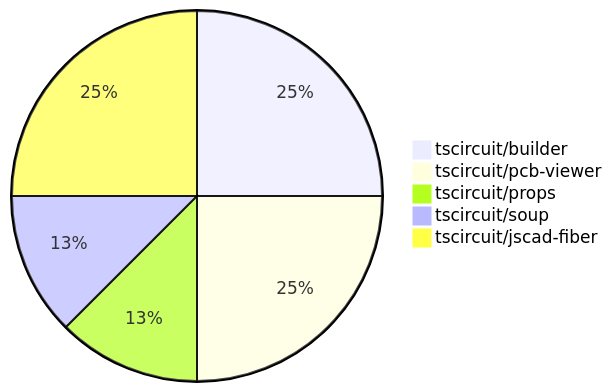
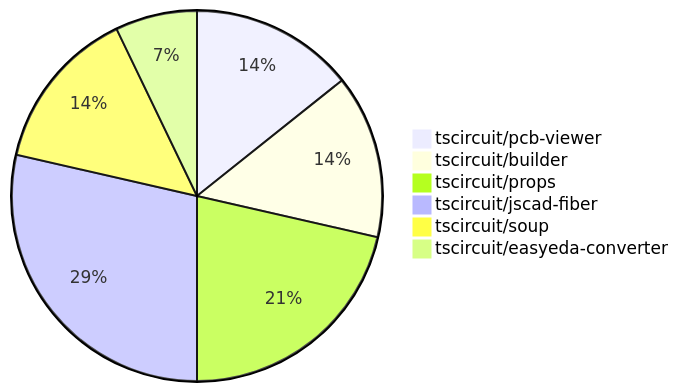
Before and after one commit to tscircuit/contribution-tracker: the diagram in contribution-overviews/2024-07-20.md, drawn with Mermaid. The commit also changed other lines of this file and 1 other file, not shown here.

````diff
--- a/contribution-overviews/2024-07-20.md
+++ b/contribution-overviews/2024-07-20.md
@@ -5,8 +5,9 @@
 ```mermaid
 pie
+    "tscircuit/pcb-viewer" : 2
     "tscircuit/builder" : 2
-    "tscircuit/pcb-viewer" : 2
-    "tscircuit/props" : 1
-    "tscircuit/soup" : 1
-    "tscircuit/jscad-fiber" : 2
+    "tscircuit/props" : 3
+    "tscircuit/jscad-fiber" : 4
+    "tscircuit/soup" : 2
+    "tscircuit/easyeda-converter" : 1
 ```
````
